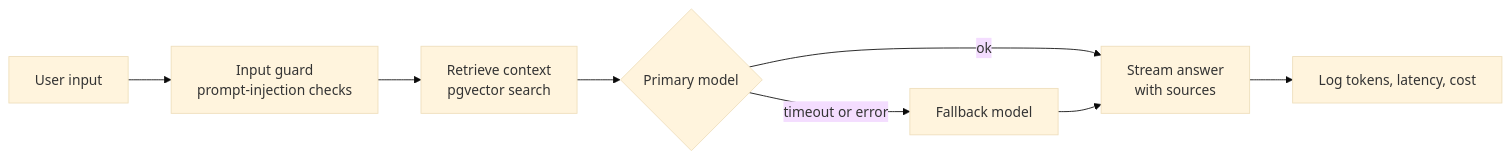
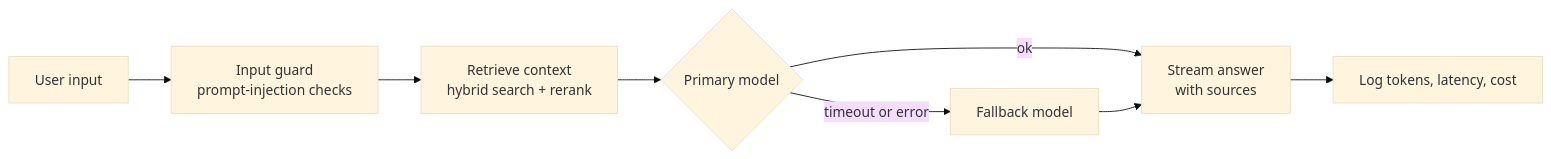
Before and after one commit to builtbynidhi/builtbynidhi: the diagram in README.md, drawn with Mermaid (base theme). The commit also changed other lines of this file, not shown here.

````diff
--- a/README.md
+++ b/README.md
@@ -34,10 +39,10 @@
 ```mermaid
 flowchart LR
     A[User input] --> B[Input guard<br/>prompt-injection checks]
-    B --> C[Retrieve context<br/>pgvector search]
+    B --> C[Retrieve context<br/>hybrid search + rerank]
     C --> D{Primary model}
     D -- ok --> F[Stream answer<br/>with sources]
     D -- timeout or error --> E[Fallback model]
     E --> F
     F --> G[Log tokens, latency, cost]
 ```
````
